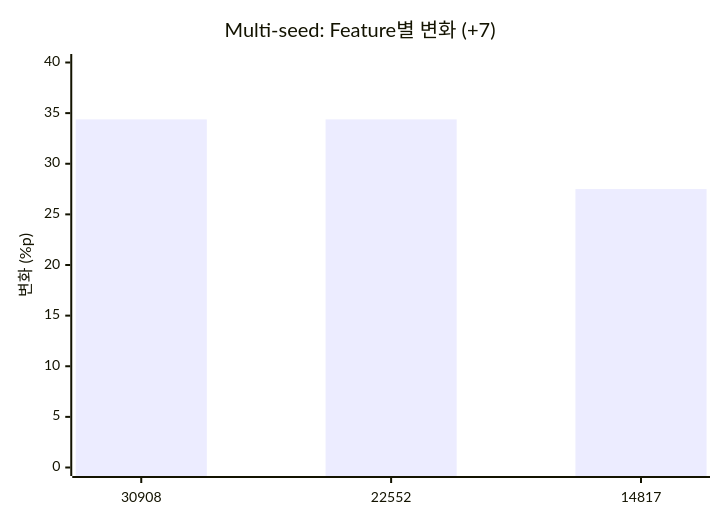
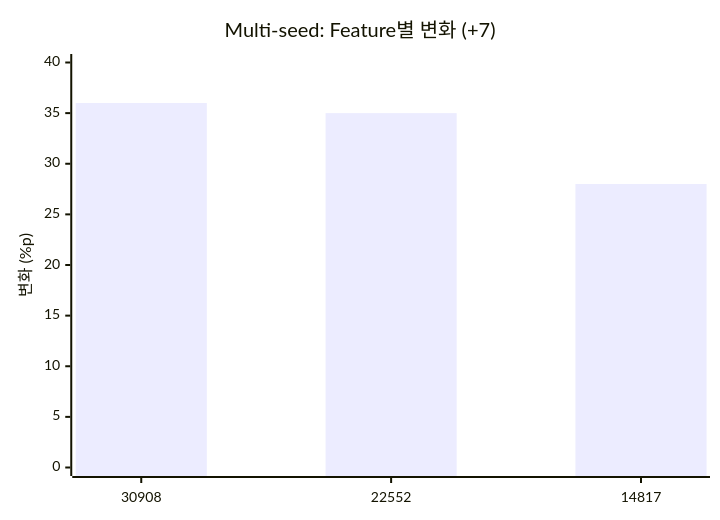
One commit to davidkss/mindscopex_analysis changed the first of 2 diagrams in research/journal/2026-10-11_2026-10-18.md. Above: the diagram before and after it, drawn with Mermaid. The commit also changed other lines of this file, not shown here.

````diff
--- a/research/journal/2026-10-11_2026-10-18.md
+++ b/research/journal/2026-10-11_2026-10-18.md
@@ -33,7 +34,7 @@
 ```mermaid
 xychart-beta
     title "Multi-seed: Feature별 변화 (+7)"
     x-axis ["30908", "22552", "14817"]
     y-axis "변화 (%p)" 0 --> 40
-    bar [34.38, 34.38, 27.50]
+    bar [36.0, 35.0, 28.0]
 ```
````
